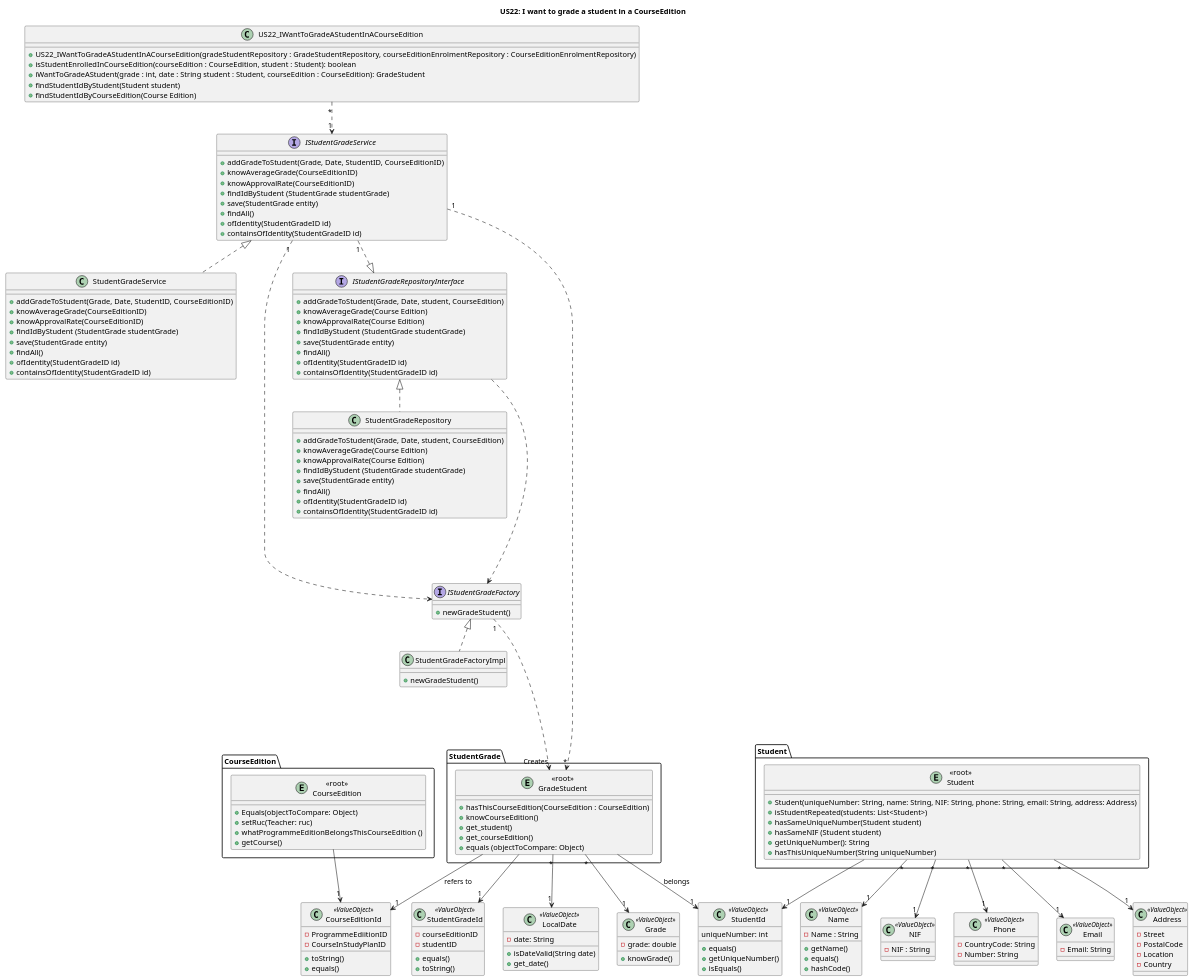
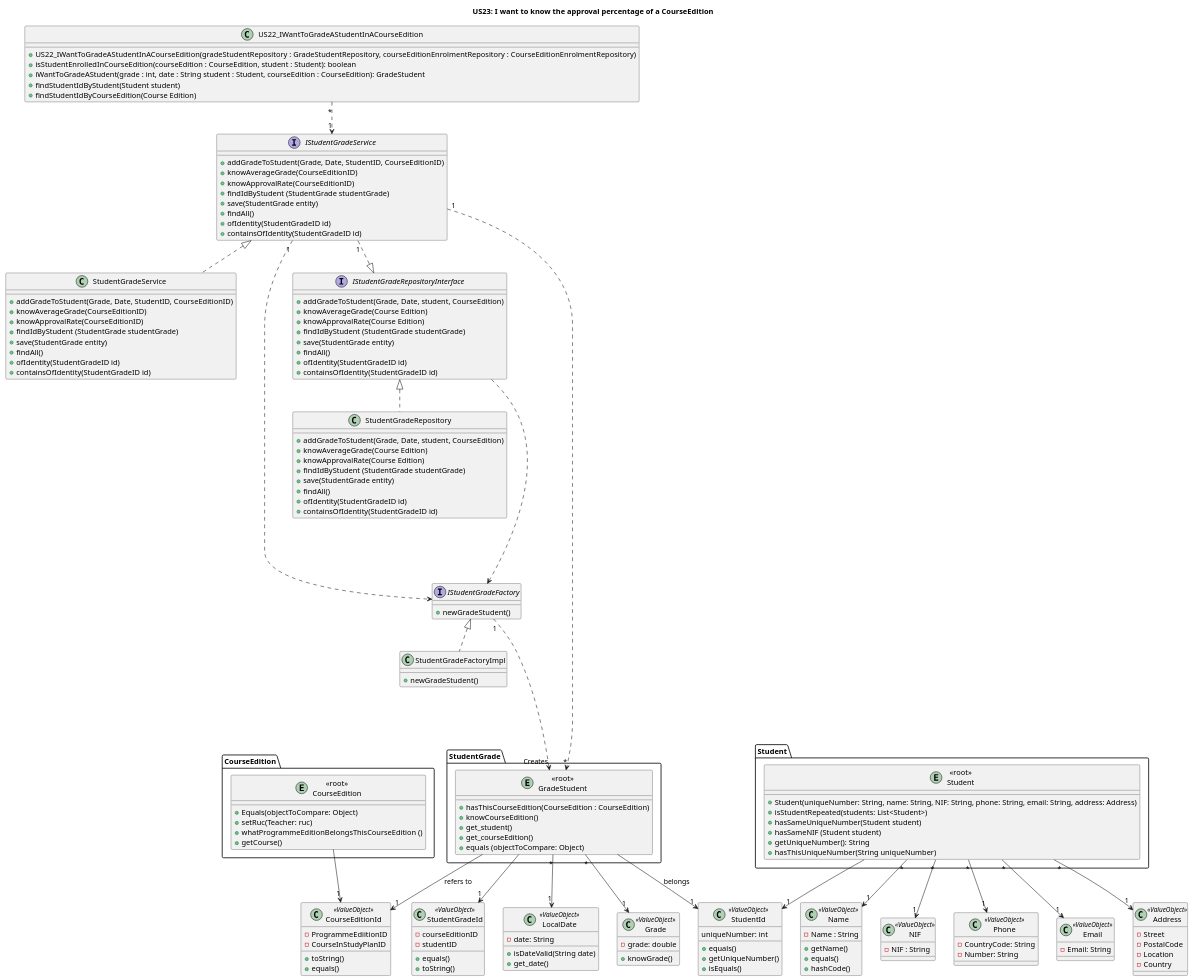
One commit to GasparISEP/DevOps-PAI changed the diagram in docs/US23/Data Persistence/US23_Sprint5ClassDiagram.puml. Above: the diagram before and after it, drawn with PlantUML. The commit also changed 1 other file, not shown here.

Commit message:
Fix Class Diagram's title error. Refs #565

```diff
--- a/docs/US23/Data Persistence/US23_Sprint5ClassDiagram.puml
+++ b/docs/US23/Data Persistence/US23_Sprint5ClassDiagram.puml
@@ -1,5 +1,5 @@
 @startuml
-title US22: I want to grade a student in a CourseEdition
+title US23: I want to know the approval percentage of a CourseEdition
 'left to right direction
 
 class US22_IWantToGradeAStudentInACourseEdition {
```
